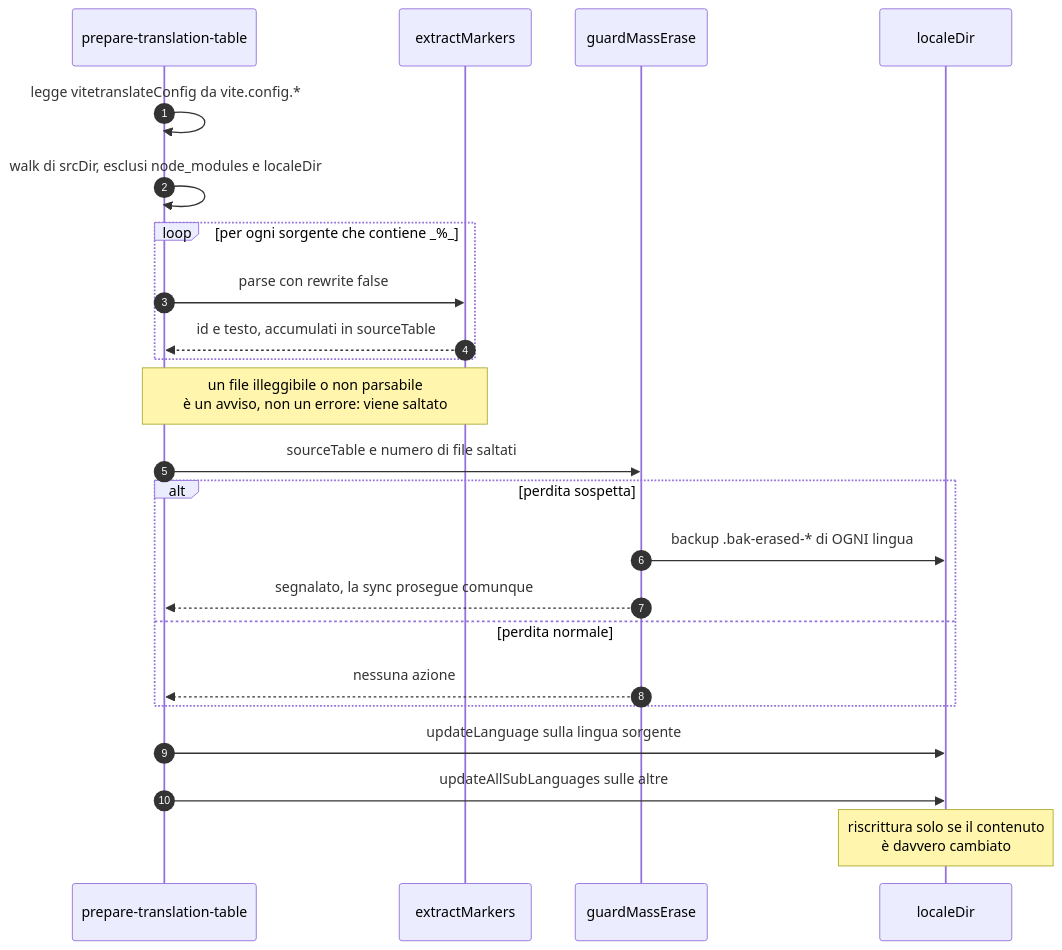
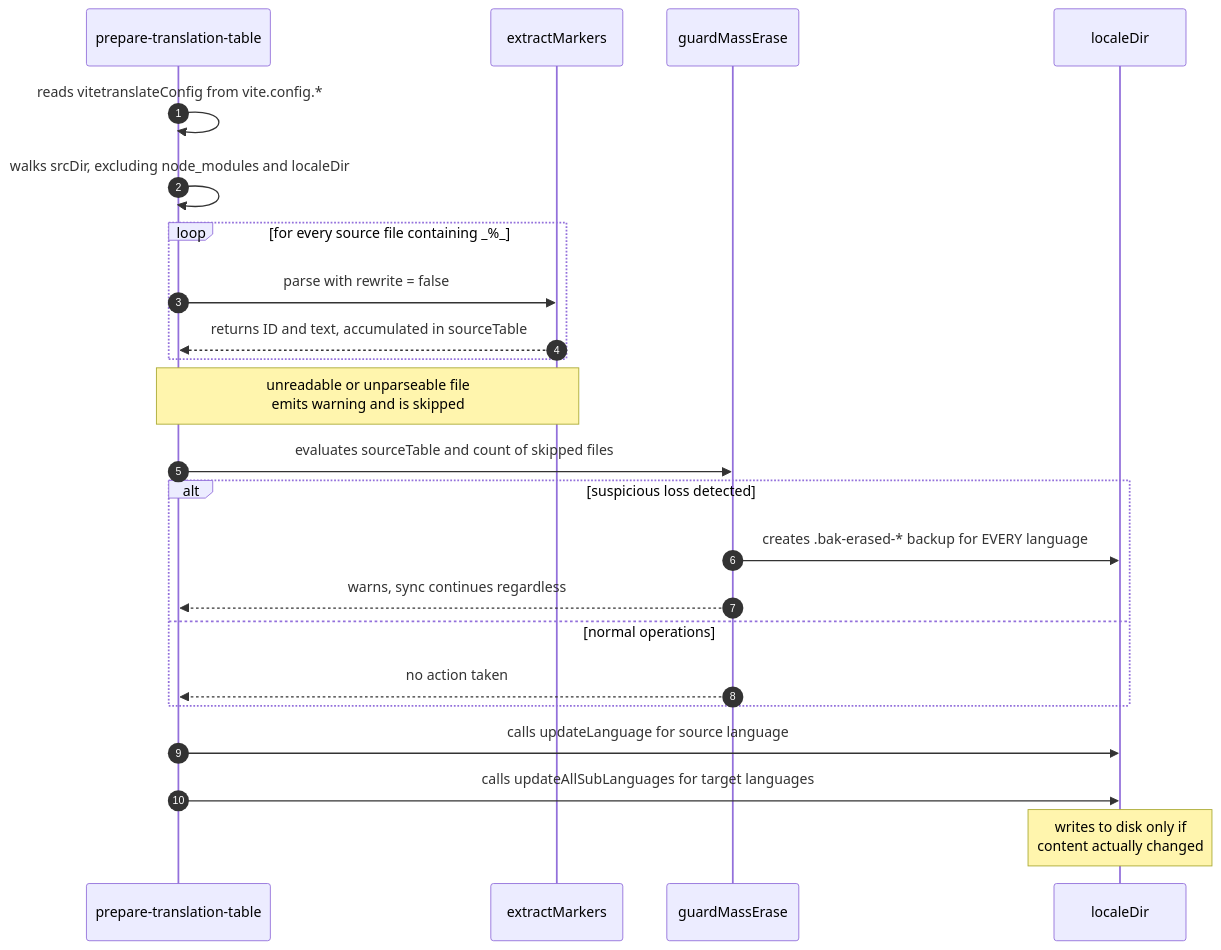
The third of 8 diagrams in doc/structure.md (sepoina/viteTranslate), drawn with Mermaid before and after one commit. The commit also changed other lines of this file, not shown here.

````diff
--- a/doc/structure.md
+++ b/doc/structure.md
@@ -186,29 +187,29 @@
 ```mermaid
 sequenceDiagram
   autonumber
   participant CLI as prepare-translation-table
   participant EX as extractMarkers
   participant GU as guardMassErase
   participant LO as localeDir
 
-  CLI->>CLI: legge vitetranslateConfig da vite.config.*
-  CLI->>CLI: walk di srcDir, esclusi node_modules e localeDir
+  CLI->>CLI: reads vitetranslateConfig from vite.config.*
+  CLI->>CLI: walks srcDir, excluding node_modules and localeDir
 
-  loop per ogni sorgente che contiene _%_
-    CLI->>EX: parse con rewrite false
-    EX-->>CLI: id e testo, accumulati in sourceTable
+  loop for every source file containing _%_
+    CLI->>EX: parse with rewrite = false
+    EX-->>CLI: returns ID and text, accumulated in sourceTable
   end
-  Note over CLI,EX: un file illeggibile o non parsabile<br/>è un avviso, non un errore: viene saltato
+  Note over CLI,EX: unreadable or unparseable file<br/>emits warning and is skipped
 
-  CLI->>GU: sourceTable e numero di file saltati
-  alt perdita sospetta
-    GU->>LO: backup .bak-erased-* di OGNI lingua
-    GU-->>CLI: segnalato, la sync prosegue comunque
-  else perdita normale
-    GU-->>CLI: nessuna azione
+  CLI->>GU: evaluates sourceTable and count of skipped files
+  alt suspicious loss detected
+    GU->>LO: creates .bak-erased-* backup for EVERY language
+    GU-->>CLI: warns, sync continues regardless
+  else normal operations
+    GU-->>CLI: no action taken
   end
 
-  CLI->>LO: updateLanguage sulla lingua sorgente
-  CLI->>LO: updateAllSubLanguages sulle altre
-  Note over LO: riscrittura solo se il contenuto<br/>è davvero cambiato
+  CLI->>LO: calls updateLanguage for source language
+  CLI->>LO: calls updateAllSubLanguages for target languages
+  Note over LO: writes to disk only if<br/>content actually changed
 ```
````
